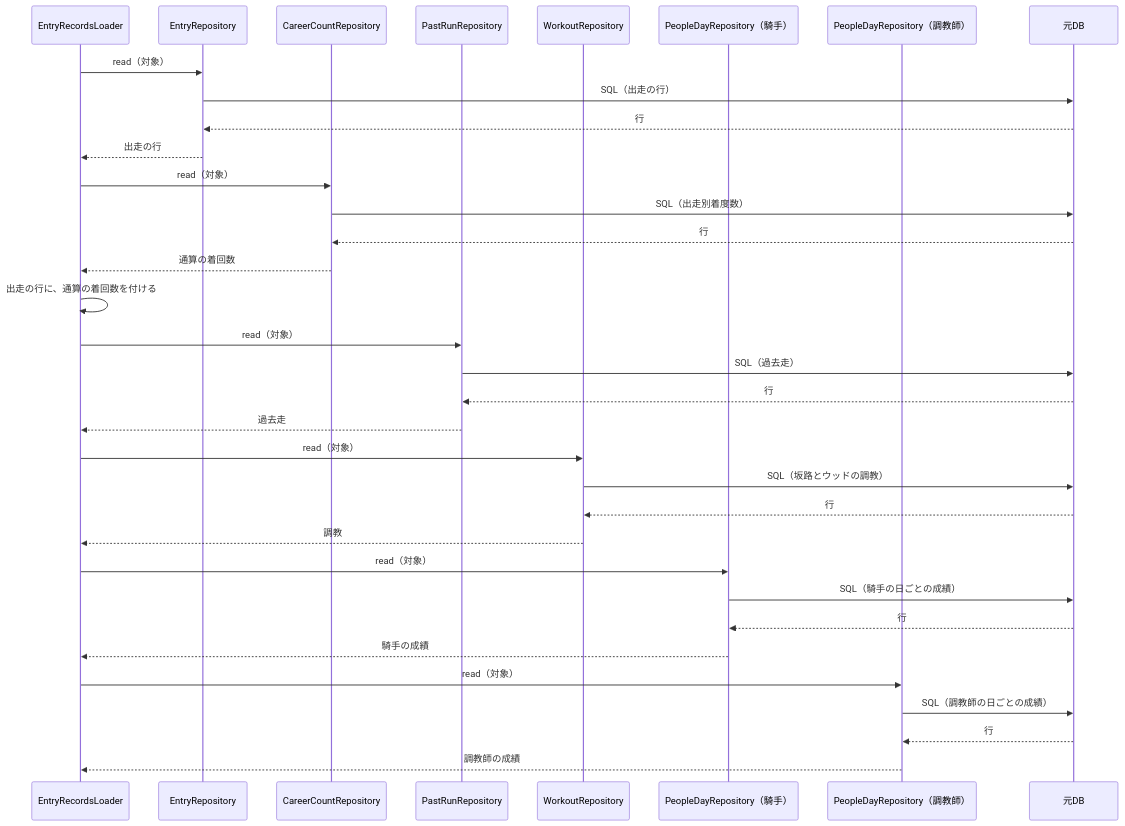
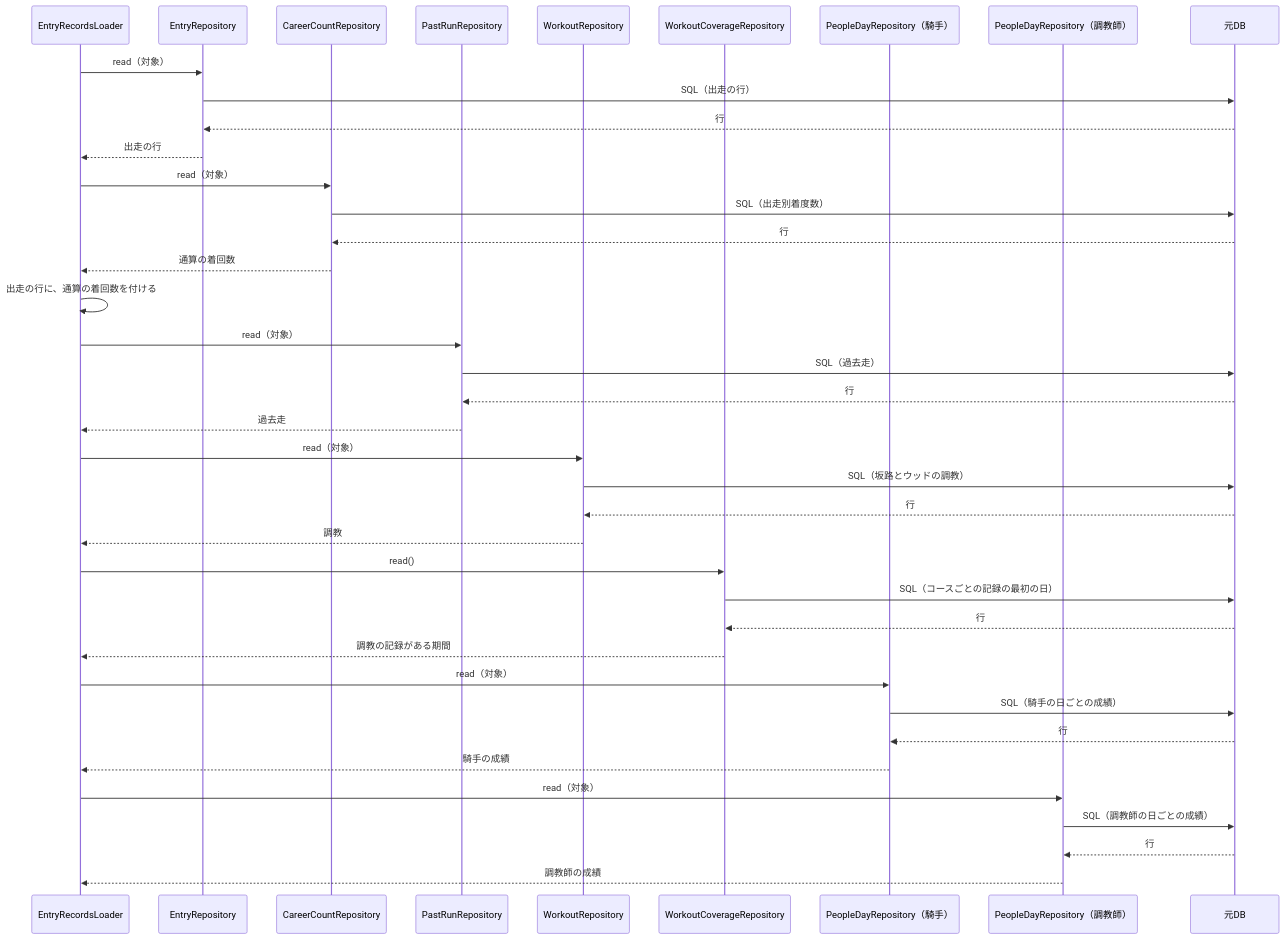
Before and after one commit to ht-0328/keiba-yosou: the third of 4 diagrams in docs/design/近走と適性から3着以内を予想/05-sequence.md, drawn with Mermaid. The commit also changed other lines of this file and 35 other files, not shown here.

````diff
--- a/docs/design/近走と適性から3着以内を予想/05-sequence.md
+++ b/docs/design/近走と適性から3着以内を予想/05-sequence.md
@@ -130,36 +130,41 @@
 ```mermaid
 sequenceDiagram
     participant L as EntryRecordsLoader
     participant R1 as EntryRepository
     participant R2 as CareerCountRepository
     participant R3 as PastRunRepository
     participant R4 as WorkoutRepository
+    participant R4b as WorkoutCoverageRepository
     participant R5 as PeopleDayRepository（騎手）
     participant R6 as PeopleDayRepository（調教師）
     participant DB as 元DB
     L->>R1: read（対象）
     R1->>DB: SQL（出走の行）
     DB-->>R1: 行
     R1-->>L: 出走の行
     L->>R2: read（対象）
     R2->>DB: SQL（出走別着度数）
     DB-->>R2: 行
     R2-->>L: 通算の着回数
     L->>L: 出走の行に、通算の着回数を付ける
     L->>R3: read（対象）
     R3->>DB: SQL（過去走）
     DB-->>R3: 行
     R3-->>L: 過去走
     L->>R4: read（対象）
     R4->>DB: SQL（坂路とウッドの調教）
     DB-->>R4: 行
     R4-->>L: 調教
+    L->>R4b: read()
+    R4b->>DB: SQL（コースごとの記録の最初の日）
+    DB-->>R4b: 行
+    R4b-->>L: 調教の記録がある期間
     L->>R5: read（対象）
     R5->>DB: SQL（騎手の日ごとの成績）
     DB-->>R5: 行
     R5-->>L: 騎手の成績
     L->>R6: read（対象）
     R6->>DB: SQL（調教師の日ごとの成績）
     DB-->>R6: 行
     R6-->>L: 調教師の成績
 ```
````
